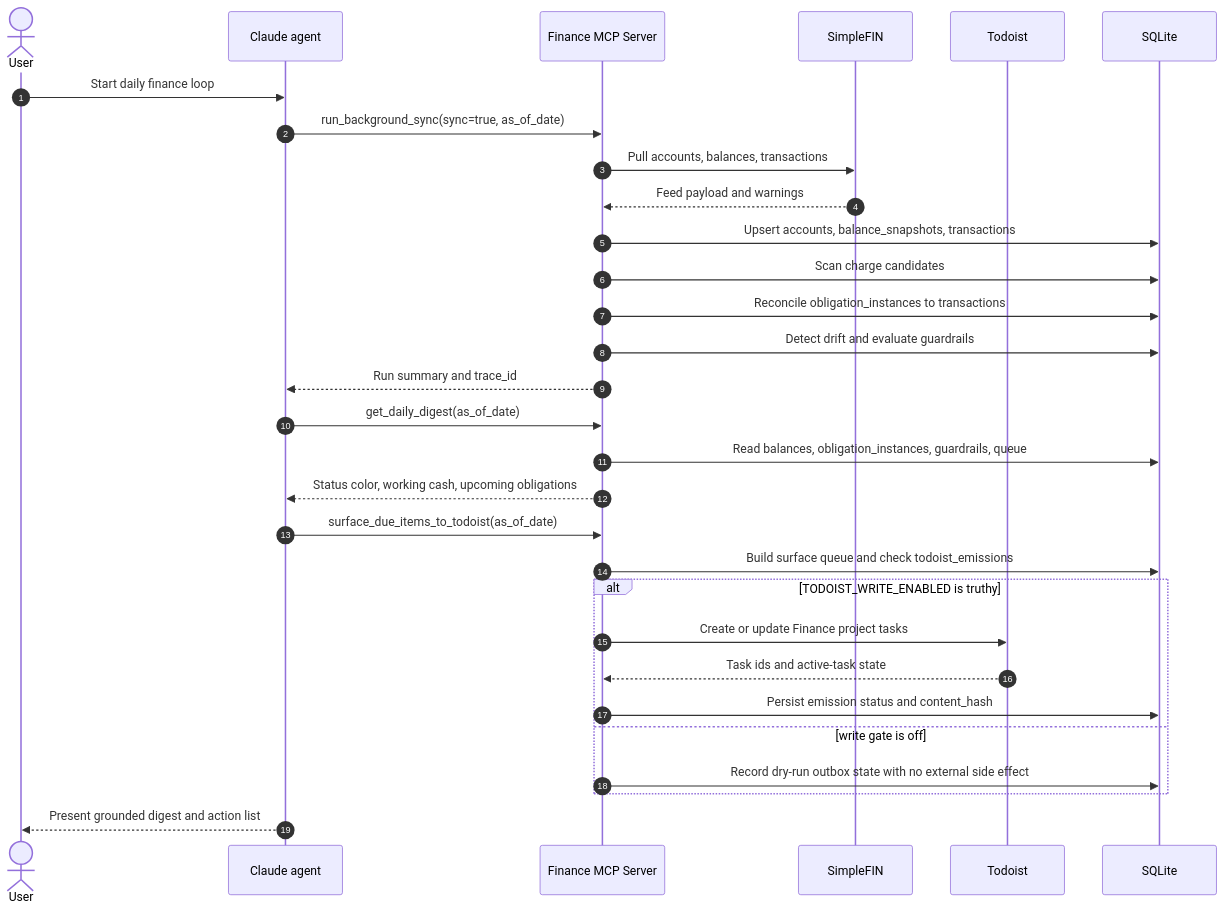
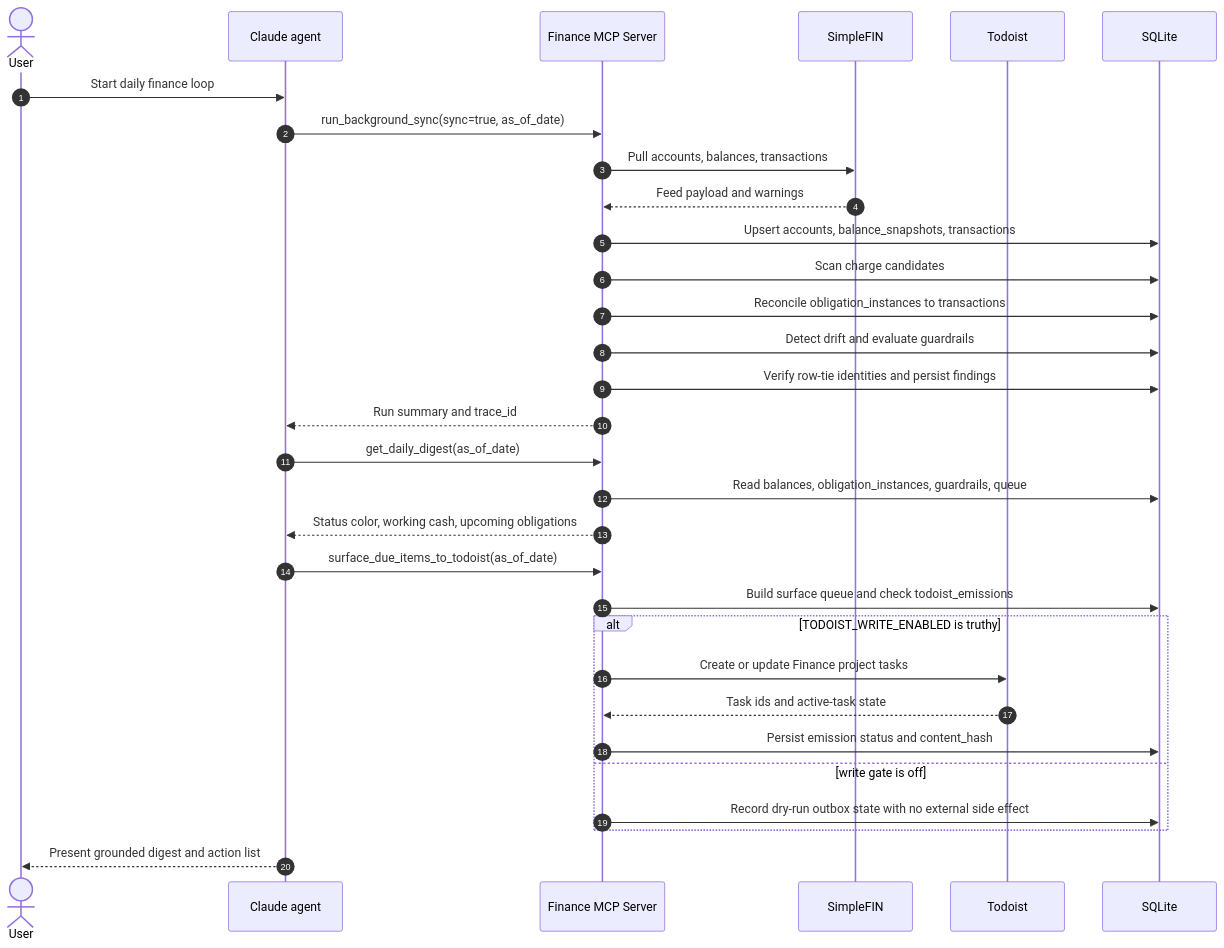
The third of 11 diagrams in docs/diagrams.md (albeorla/personal-finance-agent), drawn with Mermaid before and after one commit. The commit also changed other lines of this file and 9 other files, not shown here.

````diff
--- a/docs/diagrams.md
+++ b/docs/diagrams.md
@@ -63,36 +64,37 @@
 ```mermaid
 sequenceDiagram
     autonumber
     actor User
     participant Agent as Claude agent
     participant MCP as Finance MCP Server
     participant SF as SimpleFIN
     participant TD as Todoist
     participant DB as SQLite
 
     User->>Agent: Start daily finance loop
     Agent->>MCP: run_background_sync(sync=true, as_of_date)
     MCP->>SF: Pull accounts, balances, transactions
     SF-->>MCP: Feed payload and warnings
     MCP->>DB: Upsert accounts, balance_snapshots, transactions
     MCP->>DB: Scan charge candidates
     MCP->>DB: Reconcile obligation_instances to transactions
     MCP->>DB: Detect drift and evaluate guardrails
+    MCP->>DB: Verify row-tie identities and persist findings
     MCP-->>Agent: Run summary and trace_id
 
     Agent->>MCP: get_daily_digest(as_of_date)
     MCP->>DB: Read balances, obligation_instances, guardrails, queue
     MCP-->>Agent: Status color, working cash, upcoming obligations
 
     Agent->>MCP: surface_due_items_to_todoist(as_of_date)
     MCP->>DB: Build surface queue and check todoist_emissions
     alt TODOIST_WRITE_ENABLED is truthy
         MCP->>TD: Create or update Finance project tasks
         TD-->>MCP: Task ids and active-task state
         MCP->>DB: Persist emission status and content_hash
     else write gate is off
         MCP->>DB: Record dry-run outbox state with no external side effect
     end
 
     Agent-->>User: Present grounded digest and action list
 ```
````
